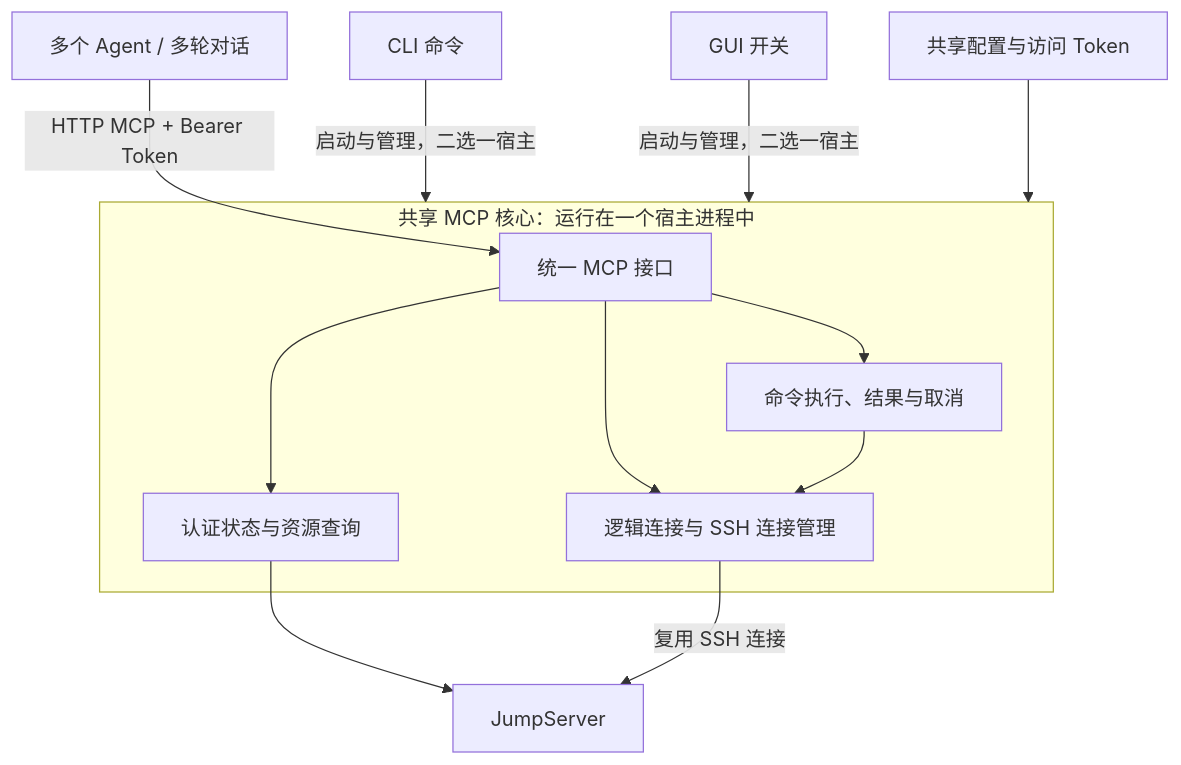
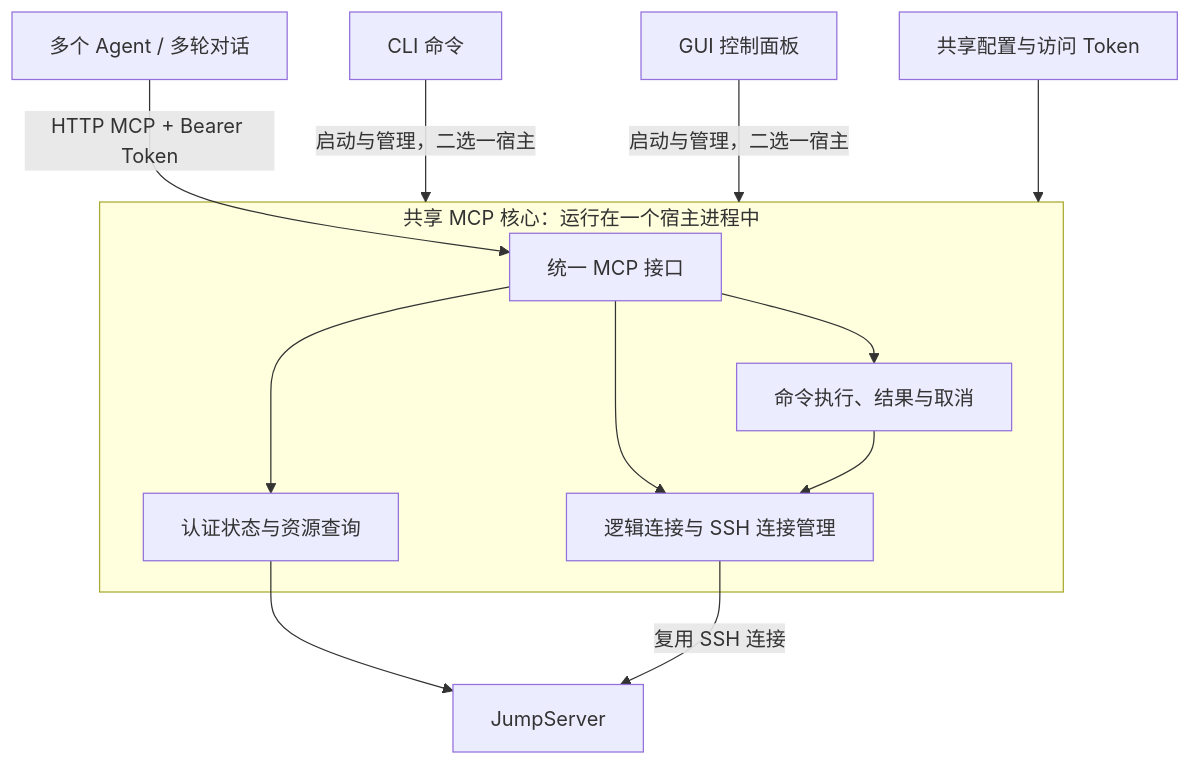
Before and after one commit to cmstar/jumpaccess: the diagram in docs/specs/agent-mcp.md, drawn with Mermaid. The commit also changed other lines of this file and 26 other files, not shown here.

````diff
--- a/docs/specs/agent-mcp.md
+++ b/docs/specs/agent-mcp.md
@@ -19,15 +19,15 @@
 ```mermaid
 flowchart TB
     Agents[多个 Agent / 多轮对话] -->|HTTP MCP + Bearer Token| Endpoint[统一 MCP 接口]
     CLI[CLI 命令] -->|启动与管理，二选一宿主| Core
-    GUI[GUI 开关] -->|启动与管理，二选一宿主| Core
+    GUI[GUI 控制面板] -->|启动与管理，二选一宿主| Core
     subgraph Core[共享 MCP 核心：运行在一个宿主进程中]
         Endpoint --> Resources[认证状态与资源查询]
         Endpoint --> Connections[逻辑连接与 SSH 连接管理]
         Endpoint --> Executions[命令执行、结果与取消]
         Executions --> Connections
     end
     Resources --> JumpServer[JumpServer]
     Connections -->|复用 SSH 连接| JumpServer
     Config[共享配置与访问 Token] --> Core
 ```
````
